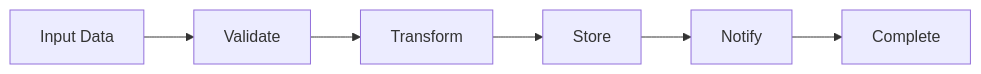
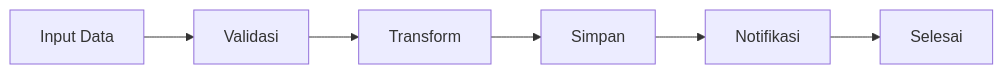
The third of 8 diagrams in flowcharts.mdx (alsyauqi/docs), drawn with Mermaid before and after one commit. The commit also changed other lines of this file, not shown here.

````diff
--- a/flowcharts.mdx
+++ b/flowcharts.mdx
@@ -51,8 +51,8 @@
 ```mermaid
 flowchart LR
-    A[Input Data] --> B[Validate]
+    A[Input Data] --> B[Validasi]
     B --> C[Transform]
-    C --> D[Store]
-    D --> E[Notify]
-    E --> F[Complete]
+    C --> D[Simpan]
+    D --> E[Notifikasi]
+    E --> F[Selesai]
 ```
````
